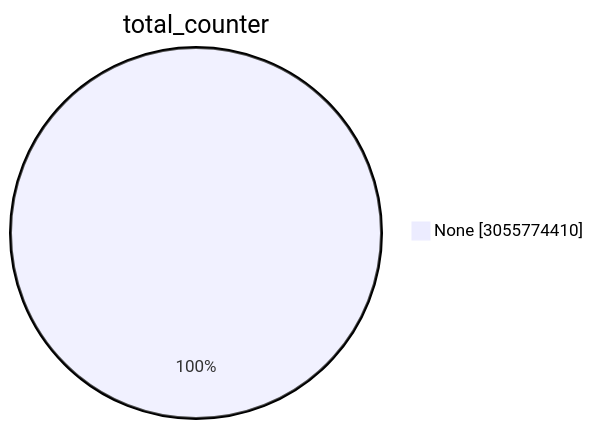
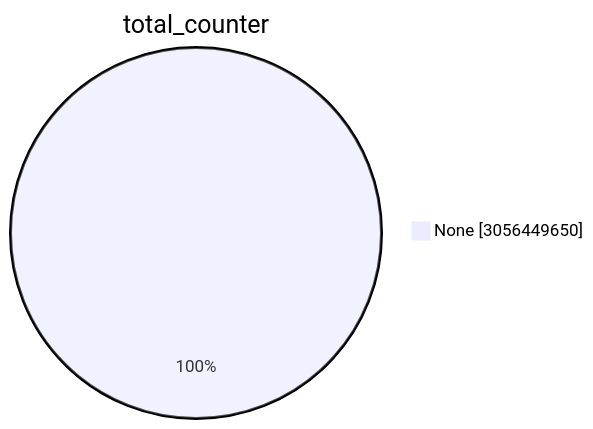
Before and after one commit to christiankrug/ctmonitor_visualization: the first of 15 diagrams in TOTAL/README.md, drawn with Mermaid. The commit also changed other lines of this file, not shown here.

````diff
--- a/TOTAL/README.md
+++ b/TOTAL/README.md
@@ -1,5 +1,5 @@
 ```mermaid
 pie showData
 title total_counter
-"None" :3055774410
+"None" :3056449650
 ```
````
